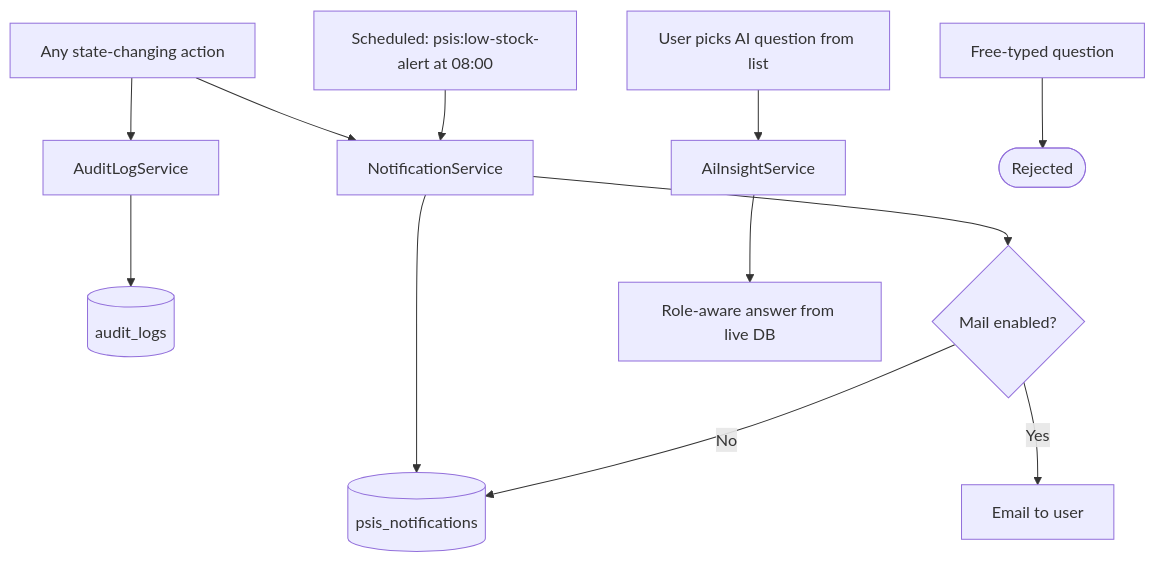
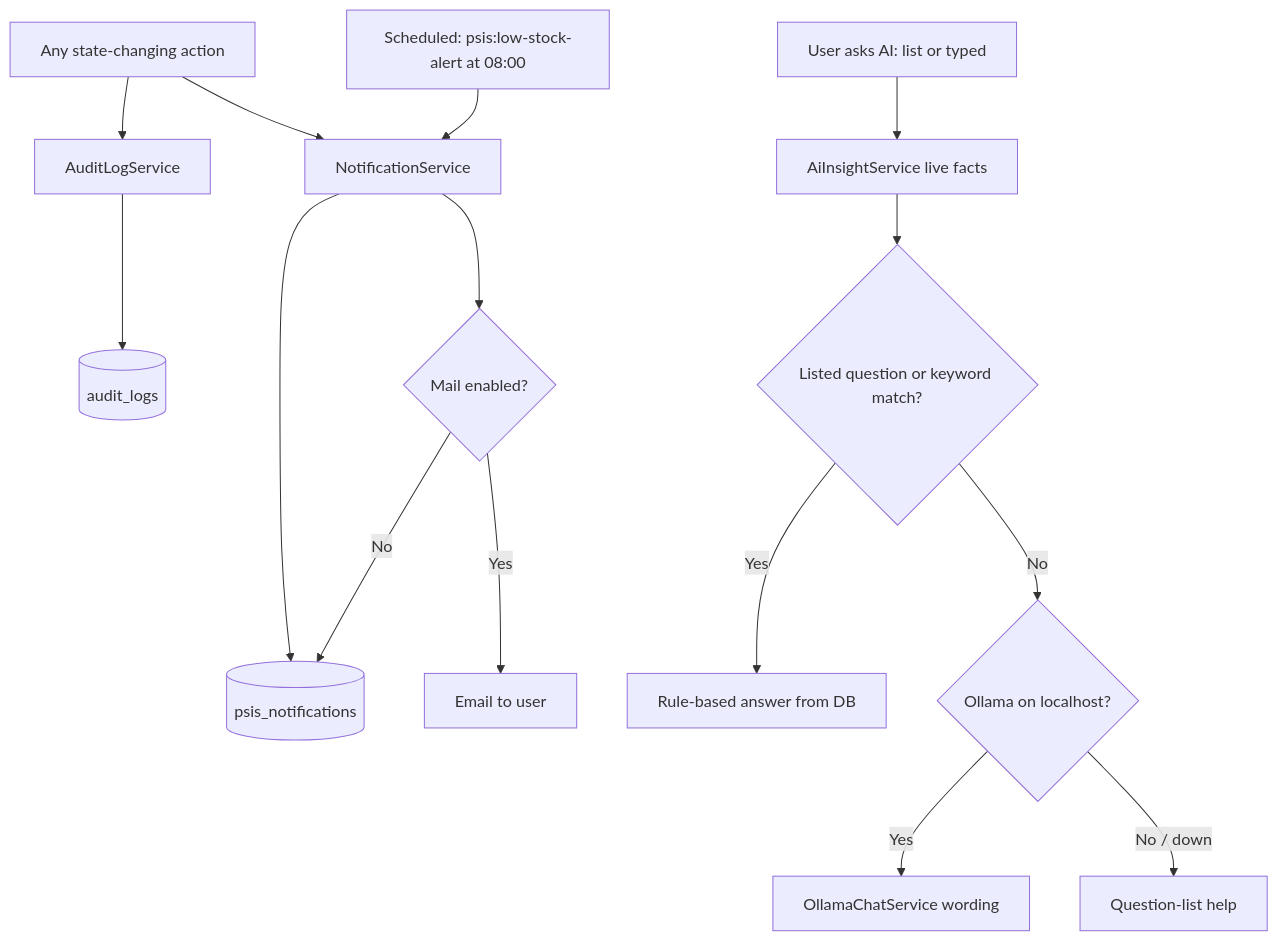
One commit to rhems95/PECIT-Smart-Inventory-System changed the seventh of 9 diagrams in docs/FLOWCHART.md. Above: the diagram before and after it, drawn with Mermaid. The commit also changed other lines of this file and 63 other files, not shown here.

First line of the commit message:
Add faculty semester budget, purchase history, and local Ollama chat.

````diff
--- a/docs/FLOWCHART.md
+++ b/docs/FLOWCHART.md
@@ -202,16 +202,19 @@
 ```mermaid
 flowchart TD
     A[Any state-changing action] --> B[AuditLogService]
     B --> C[(audit_logs)]
 
     A --> D[NotificationService]
     D --> E[(psis_notifications)]
     D --> F{Mail enabled?}
     F -->|Yes| G[Email to user]
     F -->|No| E
 
     H[Scheduled: psis:low-stock-alert at 08:00] --> D
-    I[User picks AI question from list] --> J[AiInsightService]
-    J --> K[Role-aware answer from live DB]
-    I2[Free-typed question] --> I3([Rejected])
+    I[User asks AI: list or typed] --> J[AiInsightService live facts]
+    J --> K{Listed question or keyword match?}
+    K -->|Yes| L[Rule-based answer from DB]
+    K -->|No| M{Ollama on localhost?}
+    M -->|Yes| N[OllamaChatService wording]
+    M -->|No / down| O[Question-list help]
 ```
````
